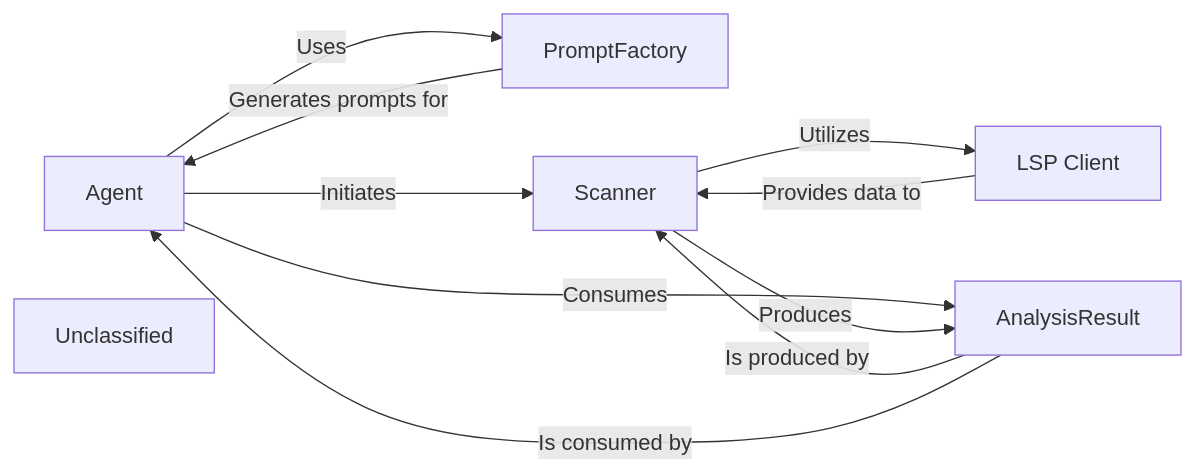
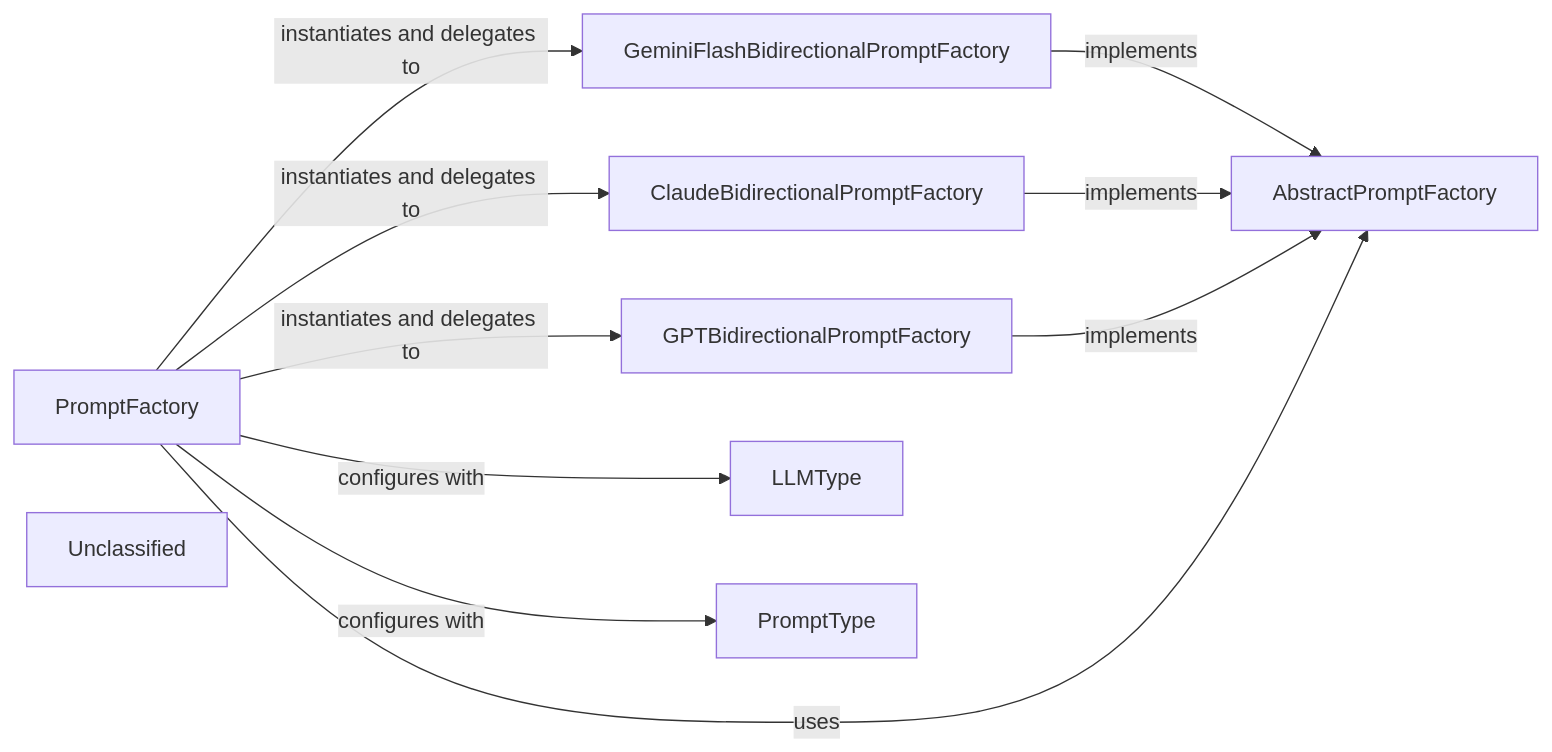
The diagram in .codeboarding/LLM_Prompt_Factory.md (CodeBoarding/CodeBoarding), drawn with Mermaid before and after one commit. The commit also changed other lines of this file and 14 other files, not shown here.

First line of the commit message:
docs: update codeboarding documentation and generate architecture

````diff
--- a/.codeboarding/LLM_Prompt_Factory.md
+++ b/.codeboarding/LLM_Prompt_Factory.md
@@ -1,18 +1,20 @@
 ```mermaid
 graph LR
-    Agent["Agent"]
     PromptFactory["PromptFactory"]
-    Scanner["Scanner"]
-    LSP_Client["LSP Client"]
-    AnalysisResult["AnalysisResult"]
+    AbstractPromptFactory["AbstractPromptFactory"]
+    GeminiFlashBidirectionalPromptFactory["GeminiFlashBidirectionalPromptFactory"]
+    ClaudeBidirectionalPromptFactory["ClaudeBidirectionalPromptFactory"]
+    GPTBidirectionalPromptFactory["GPTBidirectionalPromptFactory"]
+    LLMType["LLMType"]
+    PromptType["PromptType"]
     Unclassified["Unclassified"]
-    Agent -- "Uses" --> PromptFactory
-    Agent -- "Initiates" --> Scanner
-    Agent -- "Consumes" --> AnalysisResult
-    PromptFactory -- "Generates prompts for" --> Agent
-    Scanner -- "Utilizes" --> LSP_Client
-    Scanner -- "Produces" --> AnalysisResult
-    LSP_Client -- "Provides data to" --> Scanner
-    AnalysisResult -- "Is produced by" --> Scanner
-    AnalysisResult -- "Is consumed by" --> Agent
+    PromptFactory -- "configures with" --> LLMType
+    PromptFactory -- "configures with" --> PromptType
+    PromptFactory -- "instantiates and delegates to" --> GeminiFlashBidirectionalPromptFactory
+    PromptFactory -- "instantiates and delegates to" --> ClaudeBidirectionalPromptFactory
+    PromptFactory -- "instantiates and delegates to" --> GPTBidirectionalPromptFactory
+    GeminiFlashBidirectionalPromptFactory -- "implements" --> AbstractPromptFactory
+    ClaudeBidirectionalPromptFactory -- "implements" --> AbstractPromptFactory
+    GPTBidirectionalPromptFactory -- "implements" --> AbstractPromptFactory
+    PromptFactory -- "uses" --> AbstractPromptFactory
 ```
````
